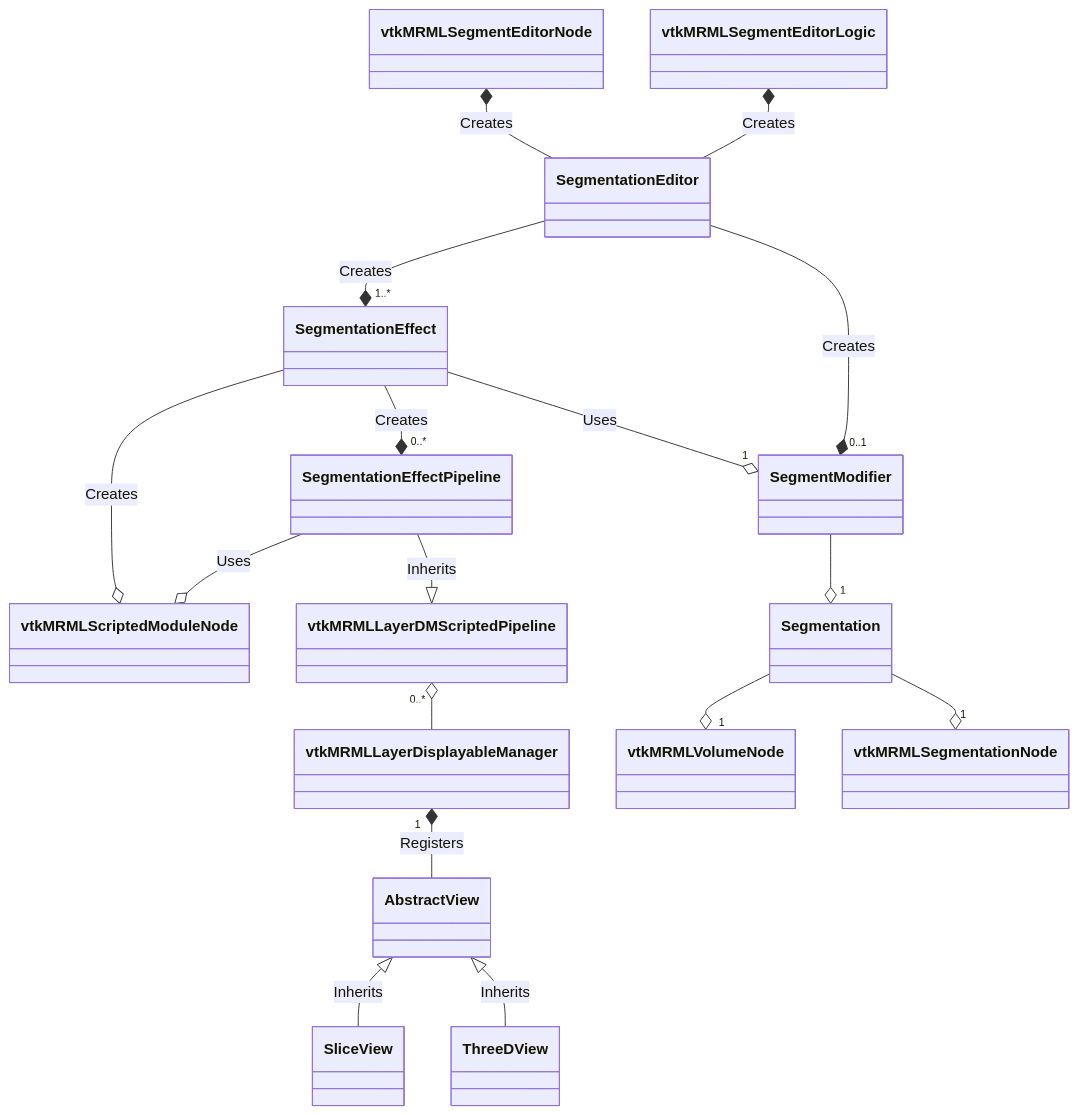
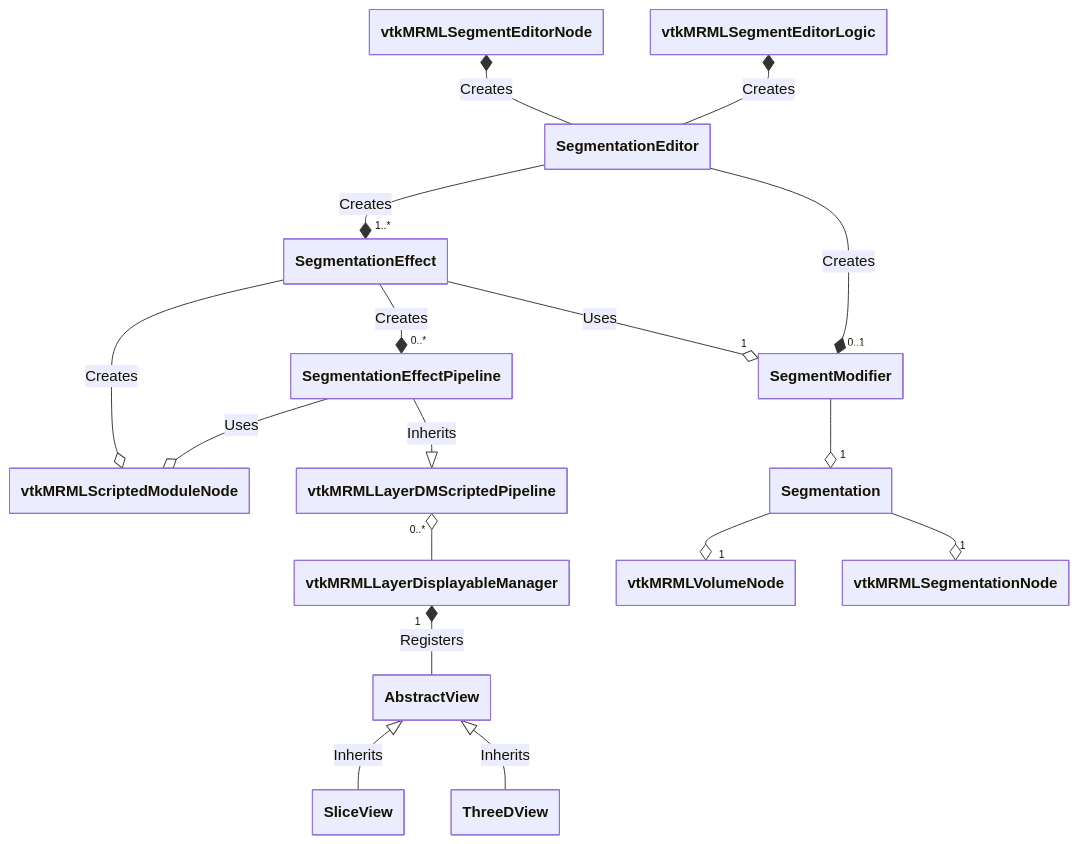
One commit to KitwareMedical/trame-slicer changed the diagram in docs/developer_guide/segmentation/editor_class_relationship.mmd. Above: the diagram before and after it, drawn with Mermaid. The commit also changed 6 other files, not shown here.

First line of the commit message:
docs(segmentation): add editor sequence diagrams and threshold example

```diff
--- a/docs/developer_guide/segmentation/editor_class_relationship.mmd
+++ b/docs/developer_guide/segmentation/editor_class_relationship.mmd
@@ -1,17 +1,23 @@
+---
+config:
+  class:
+    hideEmptyMembersBox: true
+---
+
 classDiagram
     vtkMRMLSegmentEditorNode *-- SegmentationEditor: Creates
     vtkMRMLSegmentEditorLogic *-- SegmentationEditor: Creates
     SegmentModifier "0..1" *-- SegmentationEditor: Creates
     SegmentationEditor --* "1..*" SegmentationEffect: Creates
     SegmentationEffect --o "1" SegmentModifier: Uses
     SegmentationEffect --* "0..*" SegmentationEffectPipeline: Creates
     SegmentationEffect --o vtkMRMLScriptedModuleNode: Creates
     SegmentationEffectPipeline --|> vtkMRMLLayerDMScriptedPipeline: Inherits
     SegmentationEffectPipeline --o vtkMRMLScriptedModuleNode: Uses
     vtkMRMLLayerDMScriptedPipeline "0..*" o-- vtkMRMLLayerDisplayableManager
     vtkMRMLLayerDisplayableManager "1" *-- AbstractView: Registers
     AbstractView <|-- SliceView: Inherits
     AbstractView <|-- ThreeDView: Inherits
     SegmentModifier --o "1" Segmentation
     Segmentation --o "1" vtkMRMLVolumeNode
     Segmentation --o "1" vtkMRMLSegmentationNode
```
